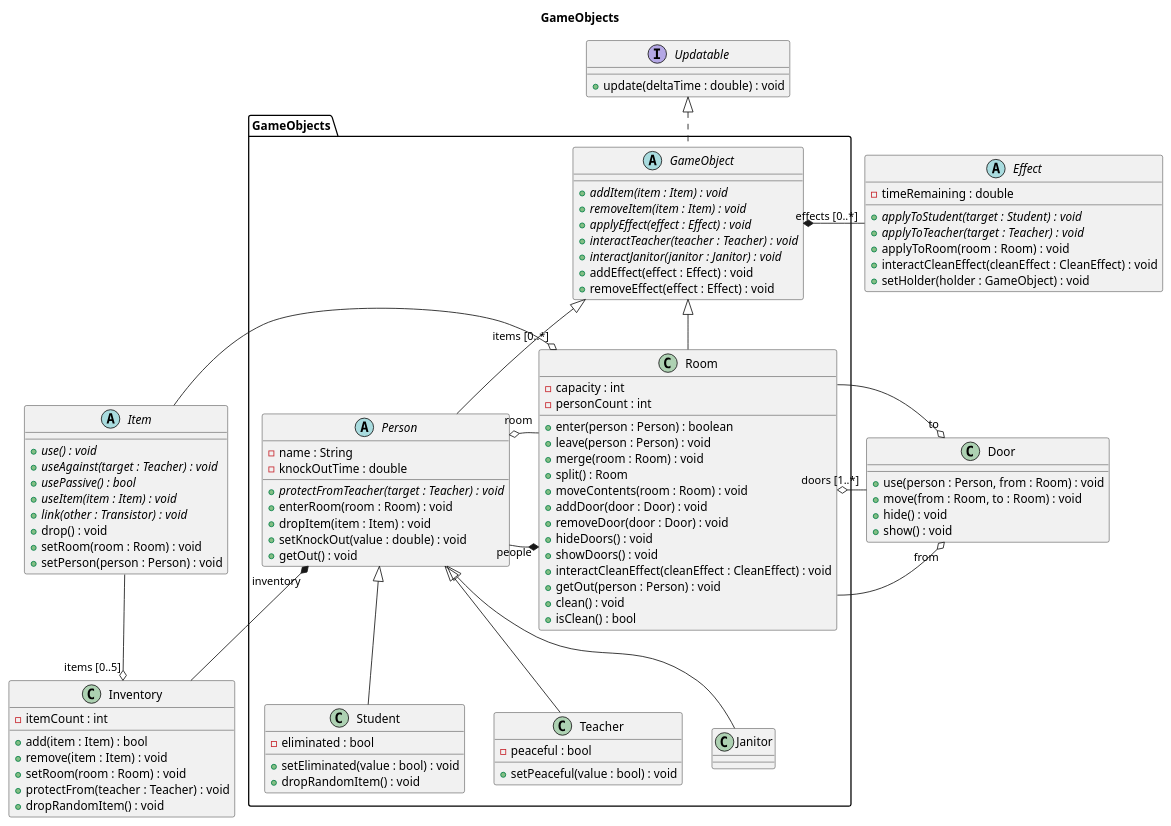
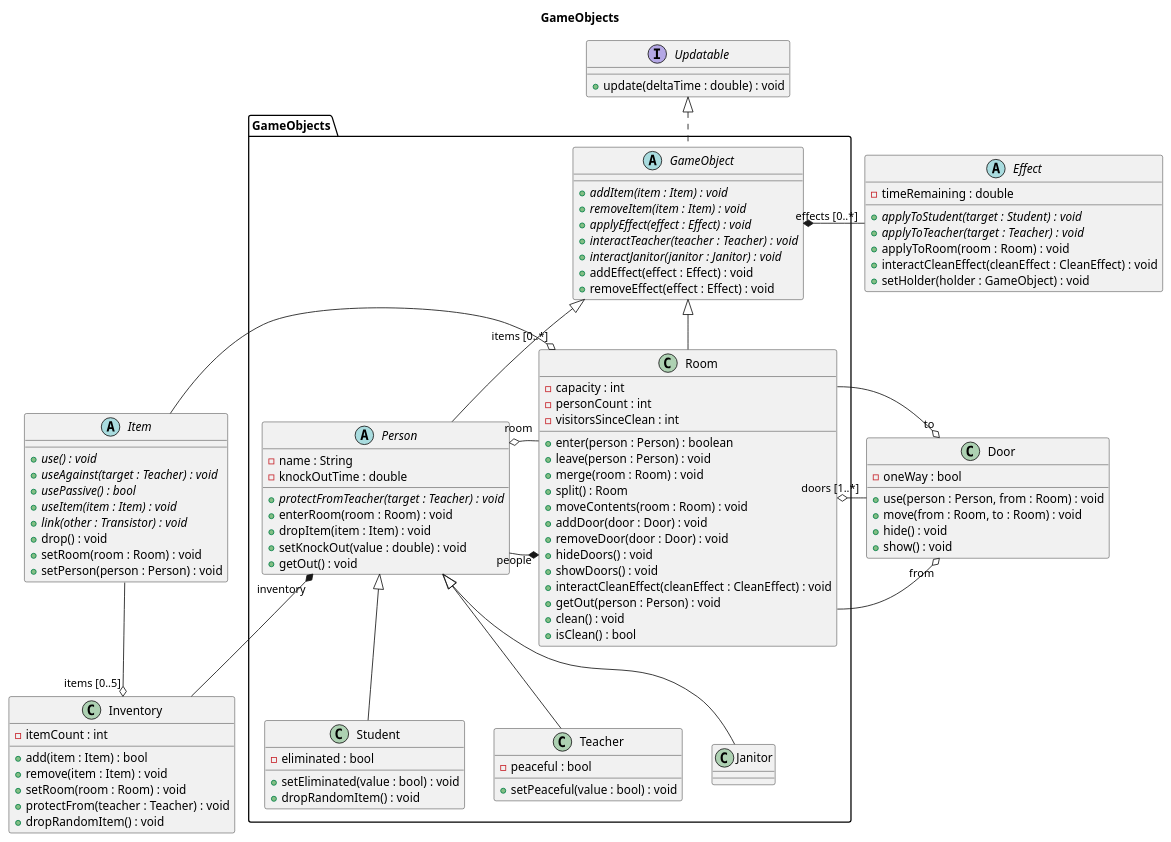
The diagram in docs/diagrams/class/game-objects.puml (sn4k3ch4rm3r/logarlec), drawn with PlantUML before and after one commit. The commit also changed 1 other file, not shown here.

```diff
--- a/docs/diagrams/class/game-objects.puml
+++ b/docs/diagrams/class/game-objects.puml
@@ -1,116 +1,118 @@
 @startuml game-objects
 
 title GameObjects
 
 package GameObjects {
 	abstract GameObject {
 		+ {abstract} addItem(item : Item) : void
 		+ {abstract} removeItem(item : Item) : void
 		+ {abstract} applyEffect(effect : Effect) : void
 		+ {abstract} interactTeacher(teacher : Teacher) : void
 		+ {abstract} interactJanitor(janitor : Janitor) : void
 		+ addEffect(effect : Effect) : void
 		+ removeEffect(effect : Effect) : void
 	}
 
 	abstract Person {
 		- name : String
 		- knockOutTime : double
 		+ {abstract} protectFromTeacher(target : Teacher) : void
 		+ enterRoom(room : Room) : void
 		+ dropItem(item : Item) : void
 		+ setKnockOut(value : double) : void
 		+ getOut() : void
 	}
 
 	class Student {
 		- eliminated : bool
 		+ setEliminated(value : bool) : void
 		+ dropRandomItem() : void
 	}
 	class Teacher {
 		- peaceful : bool
 		+ setPeaceful(value : bool) : void
 	}
 
 	class Janitor
 
 	class Room {
 		- capacity : int
 		- personCount : int
+		- visitorsSinceClean : int
 		+ enter(person : Person) : boolean
 		+ leave(person : Person) : void
 		+ merge(room : Room) : void
 		+ split() : Room
 		+ moveContents(room : Room) : void
 		+ addDoor(door : Door) : void
 		+ removeDoor(door : Door) : void 
 		+ hideDoors() : void
 		+ showDoors() : void
 		+ interactCleanEffect(cleanEffect : CleanEffect) : void
 		+ getOut(person : Person) : void
 		+ clean() : void
 		+ isClean() : bool
 	}
 	
 }
 
 interface Updatable {
 	+ update(deltaTime : double) : void
 }
 
 class Door {
+	- oneWay : bool
 	+ use(person : Person, from : Room) : void
 	+ move(from : Room, to : Room) : void
 	+ hide() : void
 	+ show() : void
 }
 
 class Inventory {
 	- itemCount : int
 	+ add(item : Item) : bool
 	+ remove(item : Item) : void
 	+ setRoom(room : Room) : void
 	+ protectFrom(teacher : Teacher) : void
 	+ dropRandomItem() : void
 }
 
 abstract Effect {
 	- timeRemaining : double
 	+ {abstract} applyToStudent(target : Student) : void
 	+ {abstract} applyToTeacher(target : Teacher) : void
     + applyToRoom(room : Room) : void
     + interactCleanEffect(cleanEffect : CleanEffect) : void
 	+ setHolder(holder : GameObject) : void
 }
 
 abstract Item {
 	+ {abstract} use() : void
 	+ {abstract} useAgainst(target : Teacher) : void
 	+ {abstract} usePassive() : bool
 	+ {abstract} useItem(item : Item) : void
 	+ {abstract} link(other : Transistor) : void
 	+ drop() : void
 	+ setRoom(room : Room) : void
 	+ setPerson(person : Person) : void	
 }
 
 Updatable <|.- GameObject
 GameObject <|-- Person
 GameObject <|-- Room
 Person <|-- Teacher
 Person <|-- Student
 Person <|-- Janitor
 
 Room "people" *-left- Person
 Person "room" o-right- Room
 Room "doors [1..*]" o-- Door
 Person "inventory" *-- Inventory
 Room "items [0..*]" o- Item
 GameObject "effects [0..*]" *-left- Effect
 
 Door "from" o- Room
 Door "to" o- Room
 Inventory "items [0..5]" o-up- Item
 
 @enduml
```
